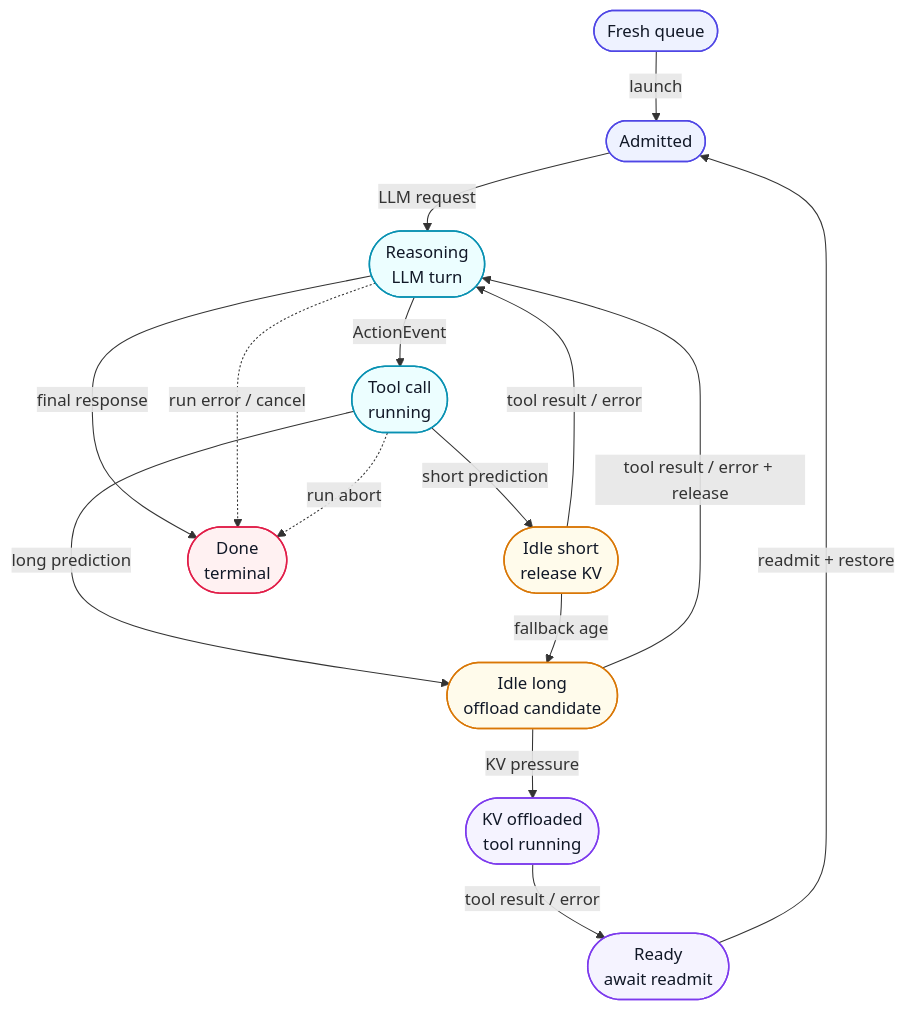
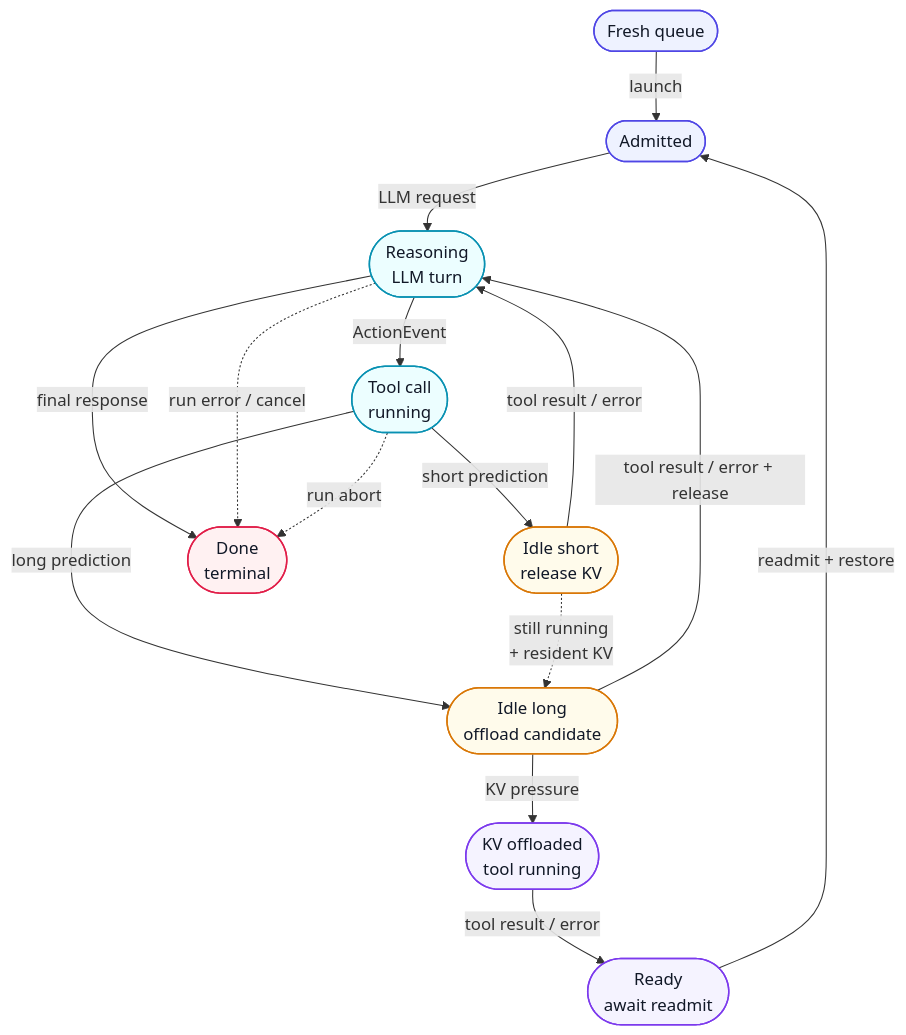
The seventh of 8 diagrams in docs/agent_kv_offload_architecture.md (javenjwzhao-coder/agent-concurrency), drawn with Mermaid before and after one commit. The commit also changed other lines of this file, not shown here.

Commit message:
Clarify short tool fallback path

````diff
--- a/docs/agent_kv_offload_architecture.md
+++ b/docs/agent_kv_offload_architecture.md
@@ -224,43 +224,43 @@
 ```mermaid
 %%{init: {"flowchart": {"curve": "basis", "nodeSpacing": 34, "rankSpacing": 42}} }%%
 flowchart TB
     queued([Fresh queue])
     admitted([Admitted])
     reasoning([Reasoning<br/>LLM turn])
     tool([Tool call<br/>running])
     short([Idle short<br/>release KV])
     long([Idle long<br/>offload candidate])
     offloaded([KV offloaded<br/>tool running])
     ready([Ready<br/>await readmit])
     done([Done<br/>terminal])
 
     queued -->|launch| admitted
     admitted -->|LLM request| reasoning
     reasoning -->|ActionEvent| tool
     reasoning -->|final response| done
     reasoning -.->|run error / cancel| done
 
     tool -->|short prediction| short
     tool -->|long prediction| long
     tool -.->|run abort| done
 
     short -->|tool result / error| reasoning
-    short -->|fallback age| long
+    short -.->|still running<br/>+ resident KV| long
 
     long -->|tool result / error + release| reasoning
     long -->|KV pressure| offloaded
     offloaded -->|tool result / error| ready
     ready -->|readmit + restore| admitted
 
     classDef queue fill:#eef2ff,stroke:#4f46e5,stroke-width:1.4px,color:#111827
     classDef active fill:#ecfeff,stroke:#0891b2,stroke-width:1.4px,color:#111827
     classDef policy fill:#fffbeb,stroke:#d97706,stroke-width:1.4px,color:#111827
     classDef offload fill:#f5f3ff,stroke:#7c3aed,stroke-width:1.4px,color:#111827
     classDef terminal fill:#fff1f2,stroke:#e11d48,stroke-width:1.4px,color:#111827
 
     class queued,admitted queue
     class reasoning,tool active
     class short,long policy
     class offloaded,ready offload
     class done terminal
 ```
````
